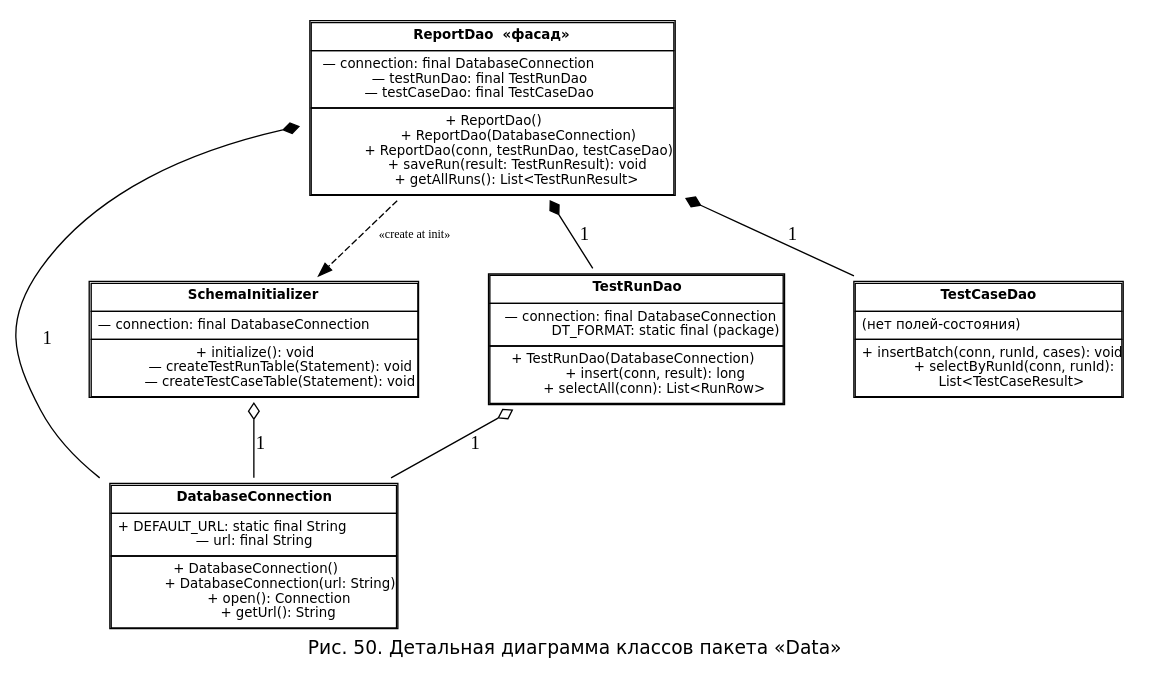
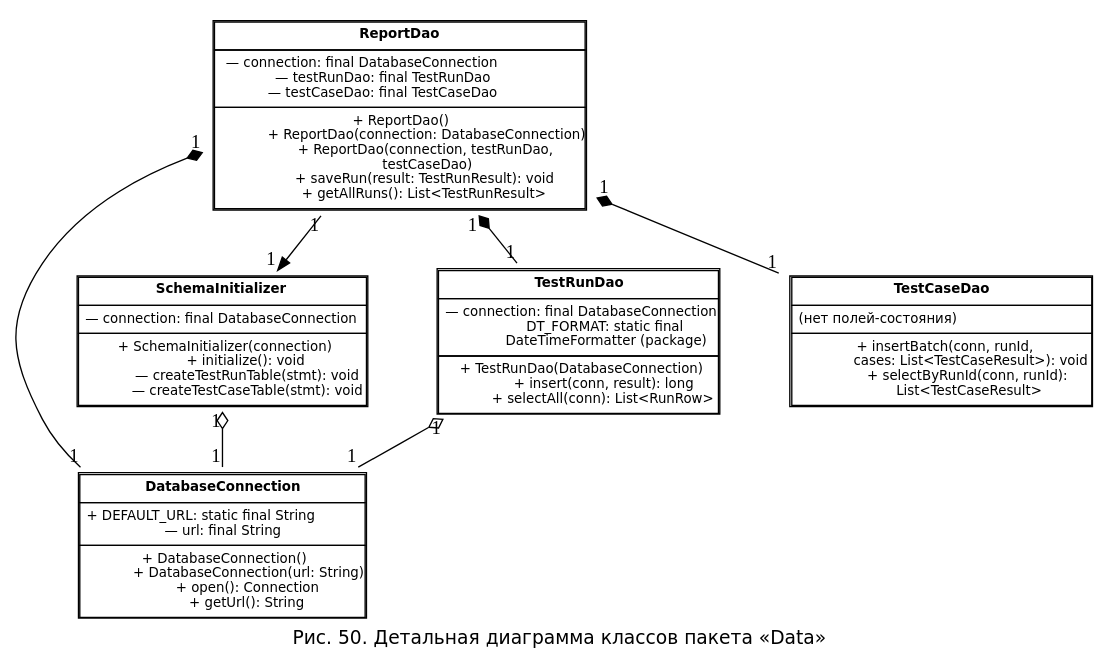
Before and after one commit to nastolbov/AutoTestGeneratorUpdate: the diagram in diagrams/cls_data_detail.dot, drawn with Graphviz. The commit also changed 45 other files, not shown here.

```diff
--- a/diagrams/cls_data_detail.dot
+++ b/diagrams/cls_data_detail.dot
@@ -1,55 +1,59 @@
 digraph DD {
     rankdir=TB; fontname="DejaVu Sans"; fontsize=14;
     label="Рис. 50. Детальная диаграмма классов пакета «Data»"; labelloc=b;
     nodesep=0.5;
     node [fontname="DejaVu Sans", fontsize=10, shape=plaintext];
 
-    ReportDao [label=<<TABLE BORDER="1" CELLBORDER="1" CELLSPACING="0" CELLPADDING="4" BGCOLOR="white">
-        <TR><TD><B>ReportDao  «фасад»</B></TD></TR>
+    RD [label=<<TABLE BORDER="1" CELLBORDER="1" CELLSPACING="0" CELLPADDING="4" BGCOLOR="white">
+        <TR><TD><B>ReportDao</B></TD></TR>
         <TR><TD ALIGN="LEFT">— connection: final DatabaseConnection<BR/>
             — testRunDao: final TestRunDao<BR/>
             — testCaseDao: final TestCaseDao</TD></TR>
         <TR><TD ALIGN="LEFT">+ ReportDao()<BR/>
-            + ReportDao(DatabaseConnection)<BR/>
-            + ReportDao(conn, testRunDao, testCaseDao)<BR/>
+            + ReportDao(connection: DatabaseConnection)<BR/>
+            + ReportDao(connection, testRunDao,<BR/>
+              testCaseDao)<BR/>
             + saveRun(result: TestRunResult): void<BR/>
             + getAllRuns(): List&lt;TestRunResult&gt;</TD></TR></TABLE>>];
 
-    DbConn [label=<<TABLE BORDER="1" CELLBORDER="1" CELLSPACING="0" CELLPADDING="4" BGCOLOR="white">
+    DC [label=<<TABLE BORDER="1" CELLBORDER="1" CELLSPACING="0" CELLPADDING="4" BGCOLOR="white">
         <TR><TD><B>DatabaseConnection</B></TD></TR>
         <TR><TD ALIGN="LEFT">+ DEFAULT_URL: static final String<BR/>
             — url: final String</TD></TR>
         <TR><TD ALIGN="LEFT">+ DatabaseConnection()<BR/>
             + DatabaseConnection(url: String)<BR/>
             + open(): Connection<BR/>
             + getUrl(): String</TD></TR></TABLE>>];
 
-    SchemaInit [label=<<TABLE BORDER="1" CELLBORDER="1" CELLSPACING="0" CELLPADDING="4" BGCOLOR="white">
+    SI [label=<<TABLE BORDER="1" CELLBORDER="1" CELLSPACING="0" CELLPADDING="4" BGCOLOR="white">
         <TR><TD><B>SchemaInitializer</B></TD></TR>
         <TR><TD ALIGN="LEFT">— connection: final DatabaseConnection</TD></TR>
-        <TR><TD ALIGN="LEFT">+ initialize(): void<BR/>
-            — createTestRunTable(Statement): void<BR/>
-            — createTestCaseTable(Statement): void</TD></TR></TABLE>>];
+        <TR><TD ALIGN="LEFT">+ SchemaInitializer(connection)<BR/>
+            + initialize(): void<BR/>
+            — createTestRunTable(stmt): void<BR/>
+            — createTestCaseTable(stmt): void</TD></TR></TABLE>>];
 
-    TestRunDao [label=<<TABLE BORDER="1" CELLBORDER="1" CELLSPACING="0" CELLPADDING="4" BGCOLOR="white">
+    TRD [label=<<TABLE BORDER="1" CELLBORDER="1" CELLSPACING="0" CELLPADDING="4" BGCOLOR="white">
         <TR><TD><B>TestRunDao</B></TD></TR>
         <TR><TD ALIGN="LEFT">— connection: final DatabaseConnection<BR/>
-              DT_FORMAT: static final (package)</TD></TR>
+              DT_FORMAT: static final<BR/>
+              DateTimeFormatter (package)</TD></TR>
         <TR><TD ALIGN="LEFT">+ TestRunDao(DatabaseConnection)<BR/>
             + insert(conn, result): long<BR/>
             + selectAll(conn): List&lt;RunRow&gt;</TD></TR></TABLE>>];
 
-    TestCaseDao [label=<<TABLE BORDER="1" CELLBORDER="1" CELLSPACING="0" CELLPADDING="4" BGCOLOR="white">
+    TCD [label=<<TABLE BORDER="1" CELLBORDER="1" CELLSPACING="0" CELLPADDING="4" BGCOLOR="white">
         <TR><TD><B>TestCaseDao</B></TD></TR>
         <TR><TD ALIGN="LEFT">(нет полей-состояния)</TD></TR>
-        <TR><TD ALIGN="LEFT">+ insertBatch(conn, runId, cases): void<BR/>
+        <TR><TD ALIGN="LEFT">+ insertBatch(conn, runId,<BR/>
+              cases: List&lt;TestCaseResult&gt;): void<BR/>
             + selectByRunId(conn, runId):<BR/>
-            List&lt;TestCaseResult&gt;</TD></TR></TABLE>>];
+              List&lt;TestCaseResult&gt;</TD></TR></TABLE>>];
 
-    ReportDao -> DbConn      [arrowtail=diamond, dir=back, label="1"];
-    ReportDao -> TestRunDao  [arrowtail=diamond, dir=back, label="1"];
-    ReportDao -> TestCaseDao [arrowtail=diamond, dir=back, label="1"];
-    ReportDao -> SchemaInit  [style=dashed, label="«create at init»", fontsize=9];
-    TestRunDao -> DbConn [arrowtail=odiamond, dir=back, label="1"];
-    SchemaInit -> DbConn [arrowtail=odiamond, dir=back, label="1"];
+    RD -> DC  [arrowtail=diamond, dir=back, taillabel="1", headlabel="1"];
+    RD -> TRD [arrowtail=diamond, dir=back, taillabel="1", headlabel="1"];
+    RD -> TCD [arrowtail=diamond, dir=back, taillabel="1", headlabel="1"];
+    RD -> SI  [taillabel="1", headlabel="1"];
+    TRD -> DC [arrowtail=odiamond, dir=back, taillabel="1", headlabel="1"];
+    SI  -> DC [arrowtail=odiamond, dir=back, taillabel="1", headlabel="1"];
 }
```
